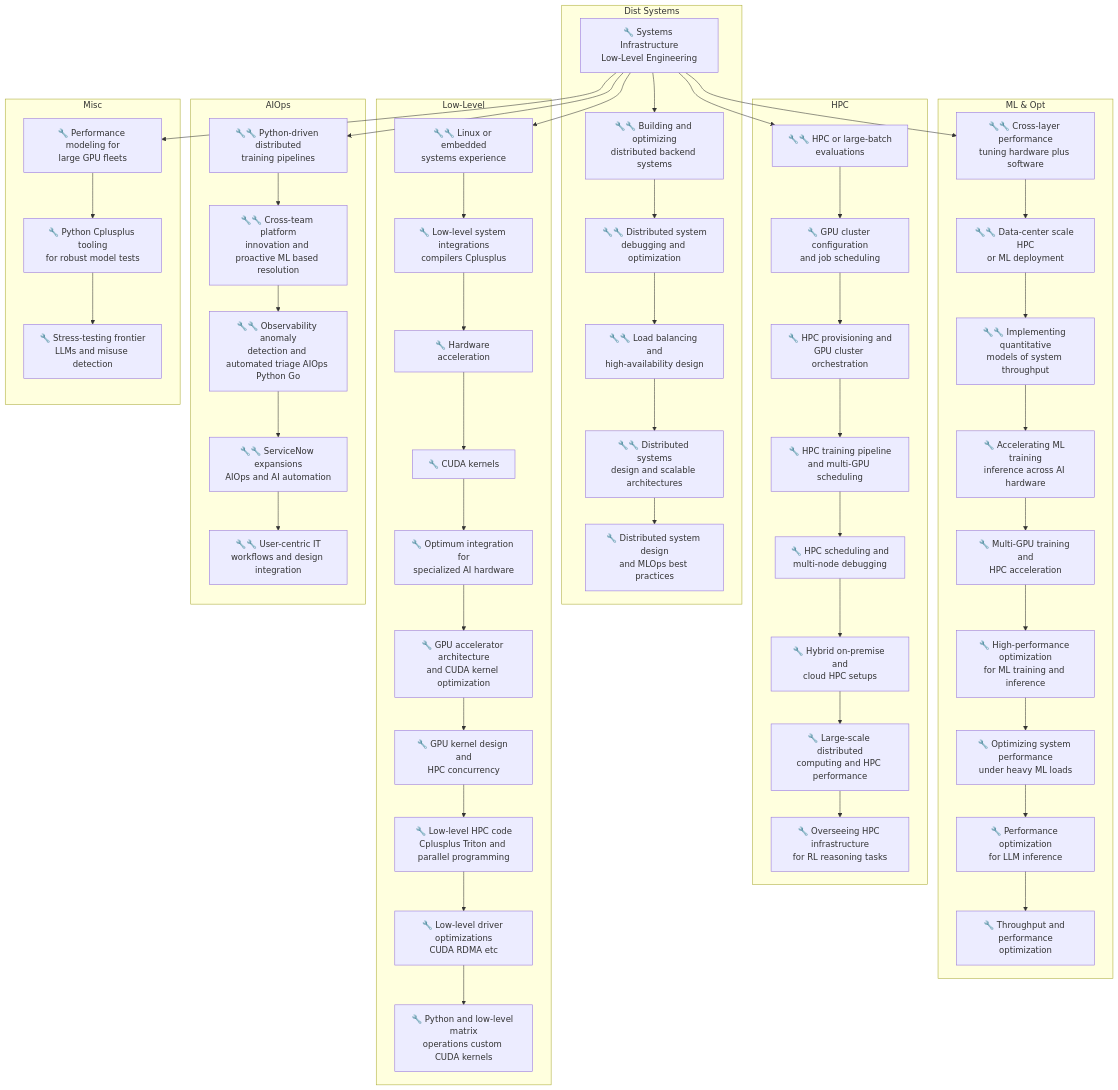
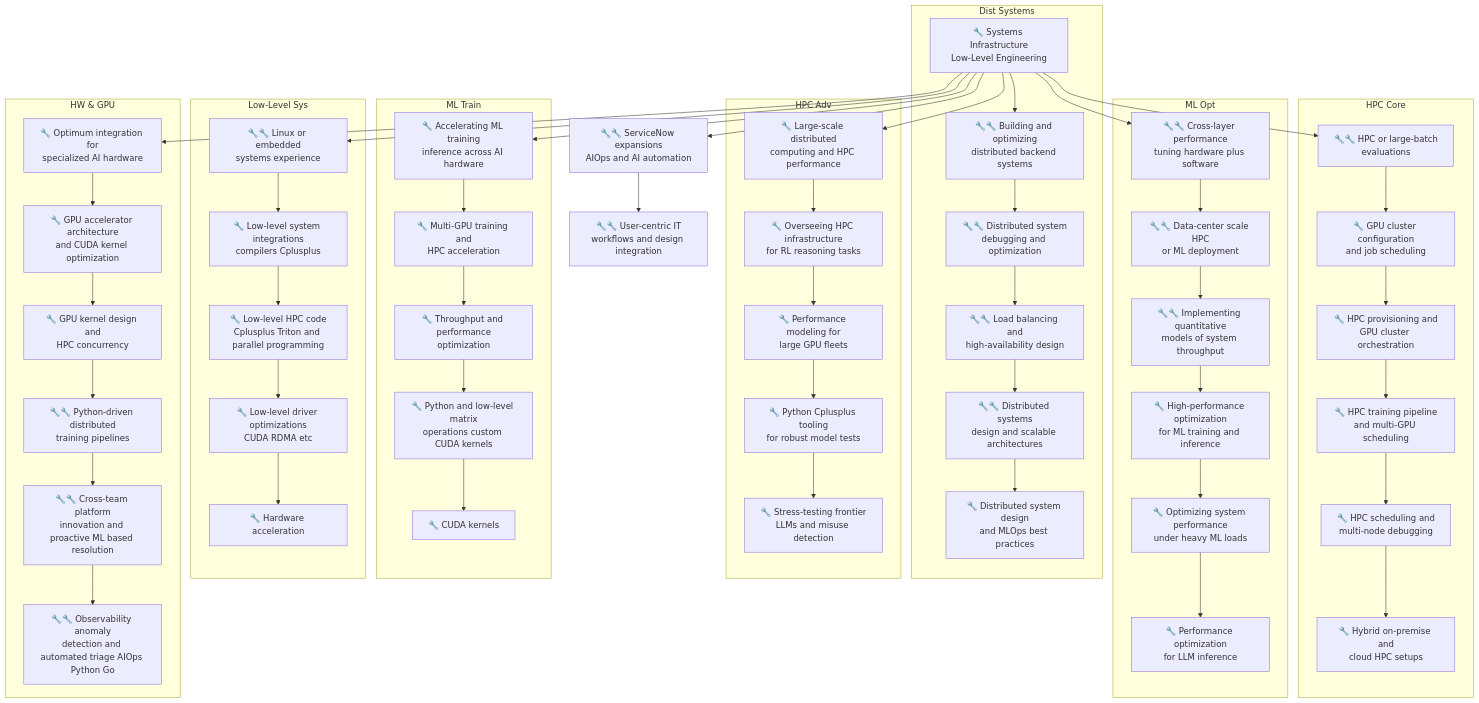
Before and after one commit to AaronCWacker/CV: the first of 11 diagrams in cv2page.md, drawn with Mermaid.

````diff
--- a/cv2page.md
+++ b/cv2page.md
@@ -7,68 +7,74 @@
 ```mermaid
 graph TB
     R[🔧 Systems Infrastructure<br>Low-Level Engineering]
 
     %% Column 1: Distributed Systems
     subgraph Dist Systems
         R --> SILE26[🔧🔧 Building and optimizing<br>distributed backend systems]
         SILE26 --> SILE27[🔧🔧 Distributed system<br>debugging and optimization]
         SILE27 --> SILE31[🔧🔧 Load balancing and<br>high-availability design]
         SILE31 --> SILE37[🔧🔧 Distributed systems<br>design and scalable architectures]
         SILE37 --> S28[🔧 Distributed system design<br>and MLOps best practices]
     end
 
-    %% Column 2: HPC
-    subgraph HPC
+    %% Column 2: HPC Core
+    subgraph HPC Core
         R --> SILE15[🔧🔧 HPC or large-batch<br>evaluations]
         SILE15 --> S11[🔧 GPU cluster configuration<br>and job scheduling]
         S11 --> S12[🔧 HPC provisioning and<br>GPU cluster orchestration]
         S12 --> S13[🔧 HPC training pipeline<br>and multi-GPU scheduling]
         S13 --> S14[🔧 HPC scheduling and<br>multi-node debugging]
         S14 --> S16[🔧 Hybrid on-premise and<br>cloud HPC setups]
-        S16 --> S17[🔧 Large-scale distributed<br>computing and HPC performance]
-        S17 --> S21[🔧 Overseeing HPC infrastructure<br>for RL reasoning tasks]
     end
 
-    %% Column 3: ML & Optimization
-    subgraph ML & Opt
+    %% Column 3: HPC Advanced
+    subgraph HPC Adv
+        R --> S17[🔧 Large-scale distributed<br>computing and HPC performance]
+        S17 --> S21[🔧 Overseeing HPC infrastructure<br>for RL reasoning tasks]
+        S21 --> S22[🔧 Performance modeling for<br>large GPU fleets]
+        S22 --> S24[🔧 Python Cplusplus tooling<br>for robust model tests]
+        S24 --> S25[🔧 Stress-testing frontier<br>LLMs and misuse detection]
+    end
+
+    %% Column 4: ML Optimization
+    subgraph ML Opt
         R --> SILE7[🔧🔧 Cross-layer performance<br>tuning hardware plus software]
         SILE7 --> SILE8[🔧🔧 Data-center scale HPC<br>or ML deployment]
         SILE8 --> SILE30[🔧🔧 Implementing quantitative<br>models of system throughput]
-        SILE30 --> S4[🔧 Accelerating ML training<br>inference across AI hardware]
-        S4 --> S20[🔧 Multi-GPU training and<br>HPC acceleration]
-        S20 --> S29[🔧 High-performance optimization<br>for ML training and inference]
+        SILE30 --> S29[🔧 High-performance optimization<br>for ML training and inference]
         S29 --> S32[🔧 Optimizing system performance<br>under heavy ML loads]
         S32 --> S33[🔧 Performance optimization<br>for LLM inference]
-        S33 --> S35[🔧 Throughput and performance<br>optimization]
     end
 
-    %% Column 4: Low-Level & Hardware
-    subgraph Low-Level
+    %% Column 5: ML Training
+    subgraph ML Train
+        R --> S4[🔧 Accelerating ML training<br>inference across AI hardware]
+        S4 --> S20[🔧 Multi-GPU training and<br>HPC acceleration]
+        S20 --> S35[🔧 Throughput and performance<br>optimization]
+        S35 --> S23[🔧 Python and low-level matrix<br>operations custom CUDA kernels]
+        S23 --> S5[🔧 CUDA kernels]
+    end
+
+    %% Column 6: Low-Level Systems
+    subgraph Low-Level Sys
         R --> SILE2[🔧🔧 Linux or embedded<br>systems experience]
         SILE2 --> S1[🔧 Low-level system integrations<br>compilers Cplusplus]
-        S1 --> S3[🔧 Hardware acceleration]
-        S3 --> S5[🔧 CUDA kernels]
-        S5 --> S6[🔧 Optimum integration for<br>specialized AI hardware]
+        S1 --> S18[🔧 Low-level HPC code<br>Cplusplus Triton and parallel programming]
+        S18 --> S19[🔧 Low-level driver optimizations<br>CUDA RDMA etc]
+        S19 --> S3[🔧 Hardware acceleration]
+    end
+
+    %% Column 7: Hardware & GPU Opt
+    subgraph HW & GPU
+        R --> S6[🔧 Optimum integration for<br>specialized AI hardware]
         S6 --> S9[🔧 GPU accelerator architecture<br>and CUDA kernel optimization]
         S9 --> S10[🔧 GPU kernel design and<br>HPC concurrency]
-        S10 --> S18[🔧 Low-level HPC code<br>Cplusplus Triton and parallel programming]
-        S18 --> S19[🔧 Low-level driver optimizations<br>CUDA RDMA etc]
-        S19 --> S23[🔧 Python and low-level matrix<br>operations custom CUDA kernels]
+        S10 --> SILE34[🔧🔧 Python-driven distributed<br>training pipelines]
+        SILE34 --> SILE36[🔧🔧 Cross-team platform<br>innovation and proactive ML based resolution]
+        SILE36 --> SILE38[🔧🔧 Observability anomaly<br>detection and automated triage AIOps Python Go]
     end
 
-    %% Column 5: AIOps & Automation
-    subgraph AIOps
-        R --> SILE34[🔧🔧 Python-driven distributed<br>training pipelines]
-        SILE34 --> SILE36[🔧🔧 Cross-team platform<br>innovation and proactive ML based resolution]
-        SILE36 --> SILE38[🔧🔧 Observability anomaly<br>detection and automated triage AIOps Python Go]
-        SILE38 --> SILE39[🔧🔧 ServiceNow expansions<br>AIOps and AI automation]
-        SILE39 --> SILE40[🔧🔧 User-centric IT<br>workflows and design integration]
-    end
-
-    %% Column 6: Remaining
-    subgraph Misc
-        R --> S22[🔧 Performance modeling for<br>large GPU fleets]
-        S22 --> S24[🔧 Python Cplusplus tooling<br>for robust model tests]
-        S24 --> S25[🔧 Stress-testing frontier<br>LLMs and misuse detection]
-    end
+    %% Direct connections for AIOps remainder
+    R --> SILE39[🔧🔧 ServiceNow expansions<br>AIOps and AI automation]
+    SILE39 --> SILE40[🔧🔧 User-centric IT<br>workflows and design integration]
 ```
````
